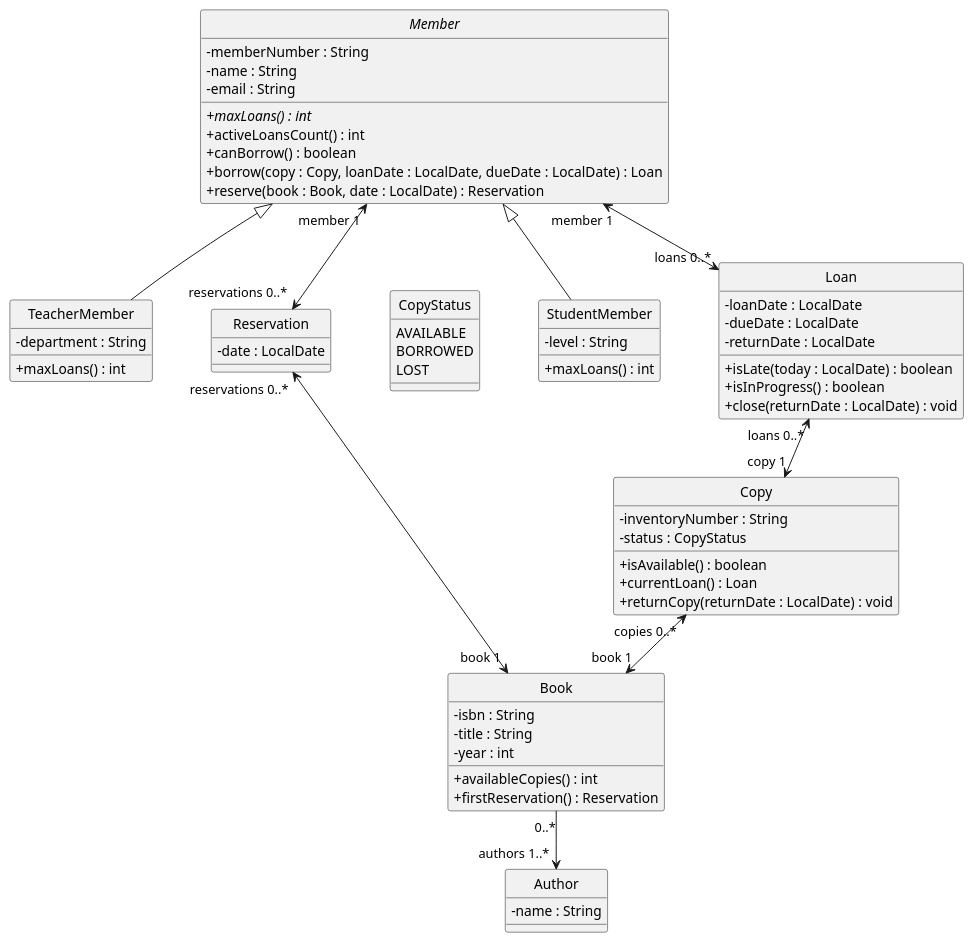
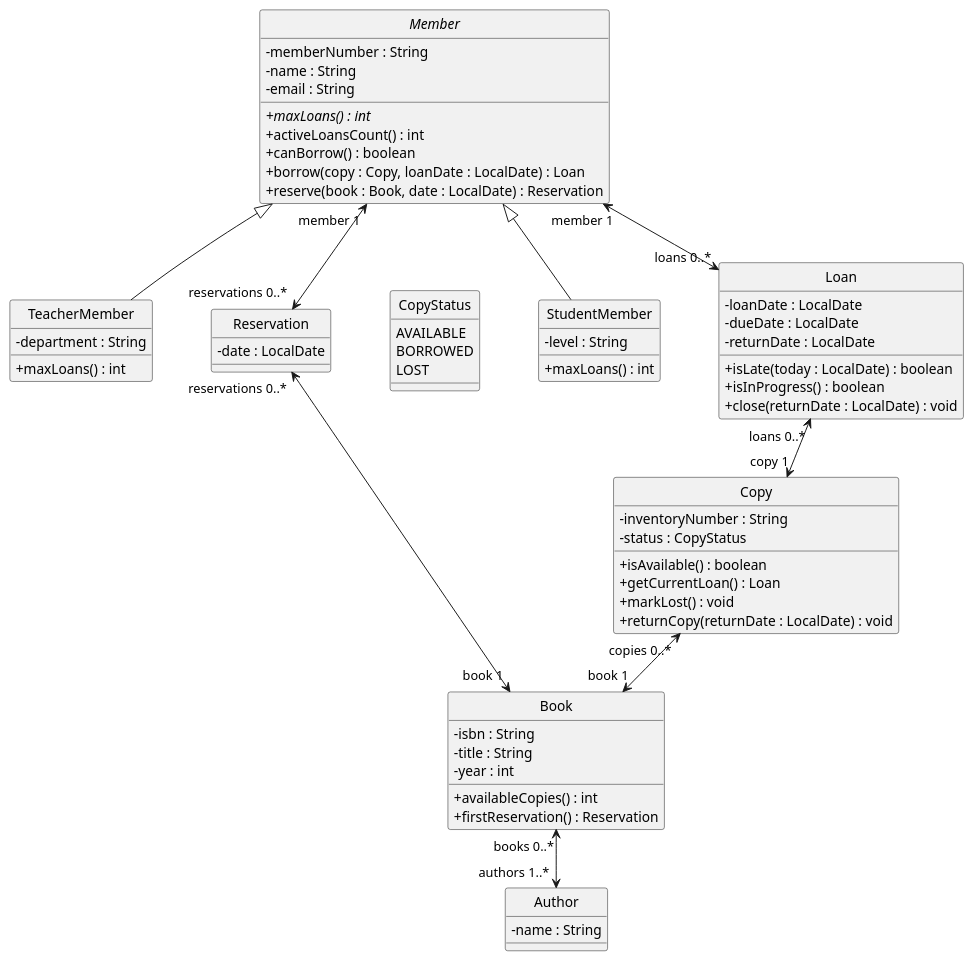
The diagram in library-design.puml (Melak-BenAbdallah/tp4-library-model), drawn with PlantUML before and after one commit. The commit also changed 24 other files, not shown here.

```diff
--- a/library-design.puml
+++ b/library-design.puml
@@ -1,82 +1,83 @@
 @startuml
 skinparam classAttributeIconSize 0
 skinparam nodesep 60
 hide circle
 
 abstract class Member {
   - memberNumber : String
   - name : String
   - email : String
   + {abstract} maxLoans() : int
   + activeLoansCount() : int
   + canBorrow() : boolean
-  + borrow(copy : Copy, loanDate : LocalDate, dueDate : LocalDate) : Loan
+  + borrow(copy : Copy, loanDate : LocalDate) : Loan
   + reserve(book : Book, date : LocalDate) : Reservation
 }
 
 class StudentMember {
   - level : String
   + maxLoans() : int
 }
 
 class TeacherMember {
   - department : String
   + maxLoans() : int
 }
 
 class Loan {
   - loanDate : LocalDate
   - dueDate : LocalDate
   - returnDate : LocalDate
   + isLate(today : LocalDate) : boolean
   + isInProgress() : boolean
   + close(returnDate : LocalDate) : void
 }
 
 class Copy {
   - inventoryNumber : String
   - status : CopyStatus
   + isAvailable() : boolean
-  + currentLoan() : Loan
+  + getCurrentLoan() : Loan
+  + markLost() : void
   + returnCopy(returnDate : LocalDate) : void
 }
 
 class Reservation {
   - date : LocalDate
 }
 
 class Book {
   - isbn : String
   - title : String
   - year : int
   + availableCopies() : int
   + firstReservation() : Reservation
 }
 
 class Author {
   - name : String
 }
 
 enum CopyStatus {
   AVAILABLE
   BORROWED
   LOST
 }
 
 ' --- Generalization ---
 Member <|-- StudentMember
 Member <|-- TeacherMember
 
 ' --- Navigable Associations with Role Names & Multiplicities ---
 Member "member 1" <--> "loans 0..*" Loan
 Loan "loans 0..*" <--> "copy 1" Copy
 Member "member 1" <--> "reservations 0..*" Reservation
 Reservation "reservations 0..*" <--> "book 1" Book
 Copy "copies 0..*" <--> "book 1" Book
-Book "0..*" --> "authors 1..*" Author
+Book "books 0..*" <--> "authors 1..*" Author
 
 ' --- Layout Alignment ---
 TeacherMember -[hidden]right- Reservation
 Reservation -[hidden]right- CopyStatus
 
 @enduml
```
